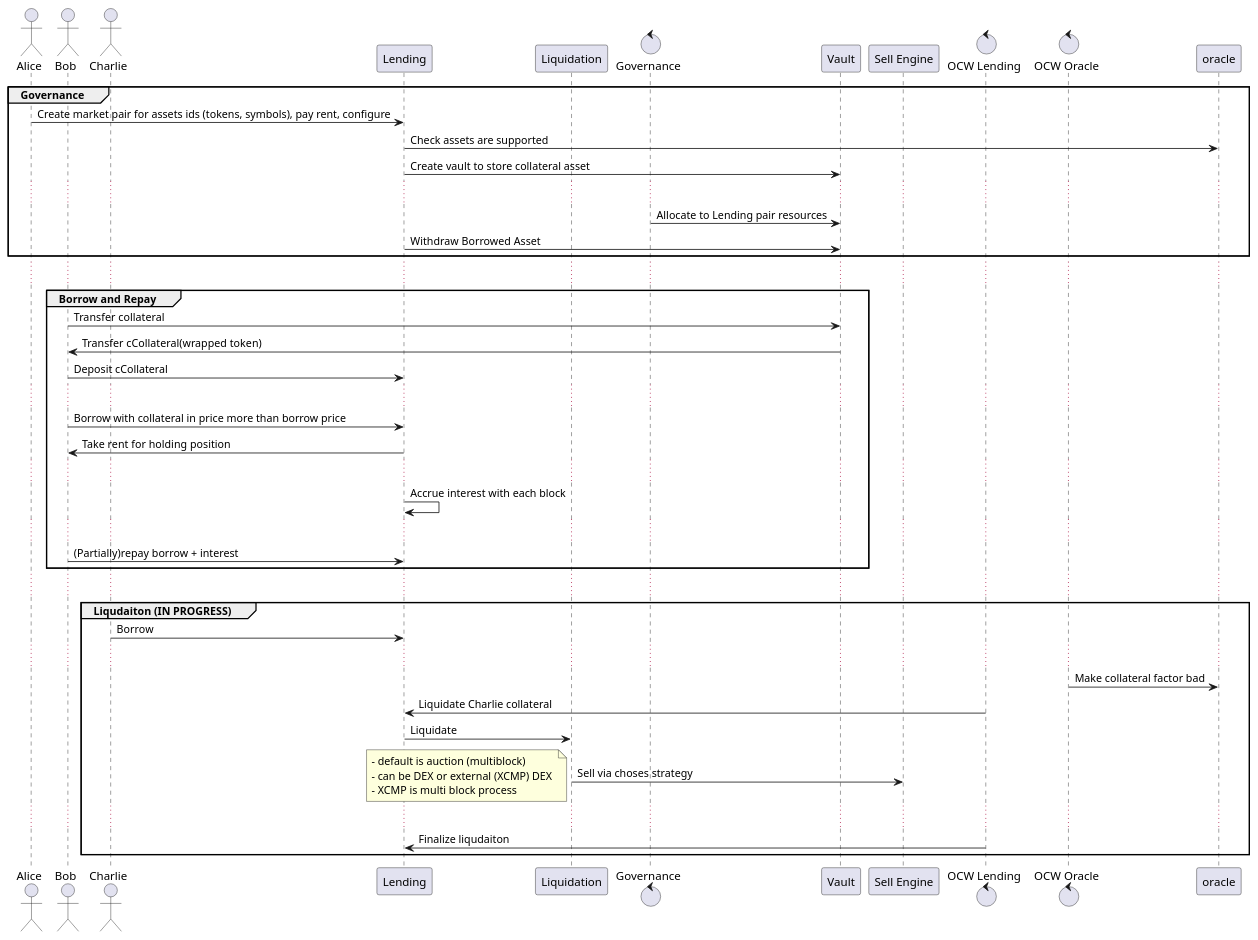
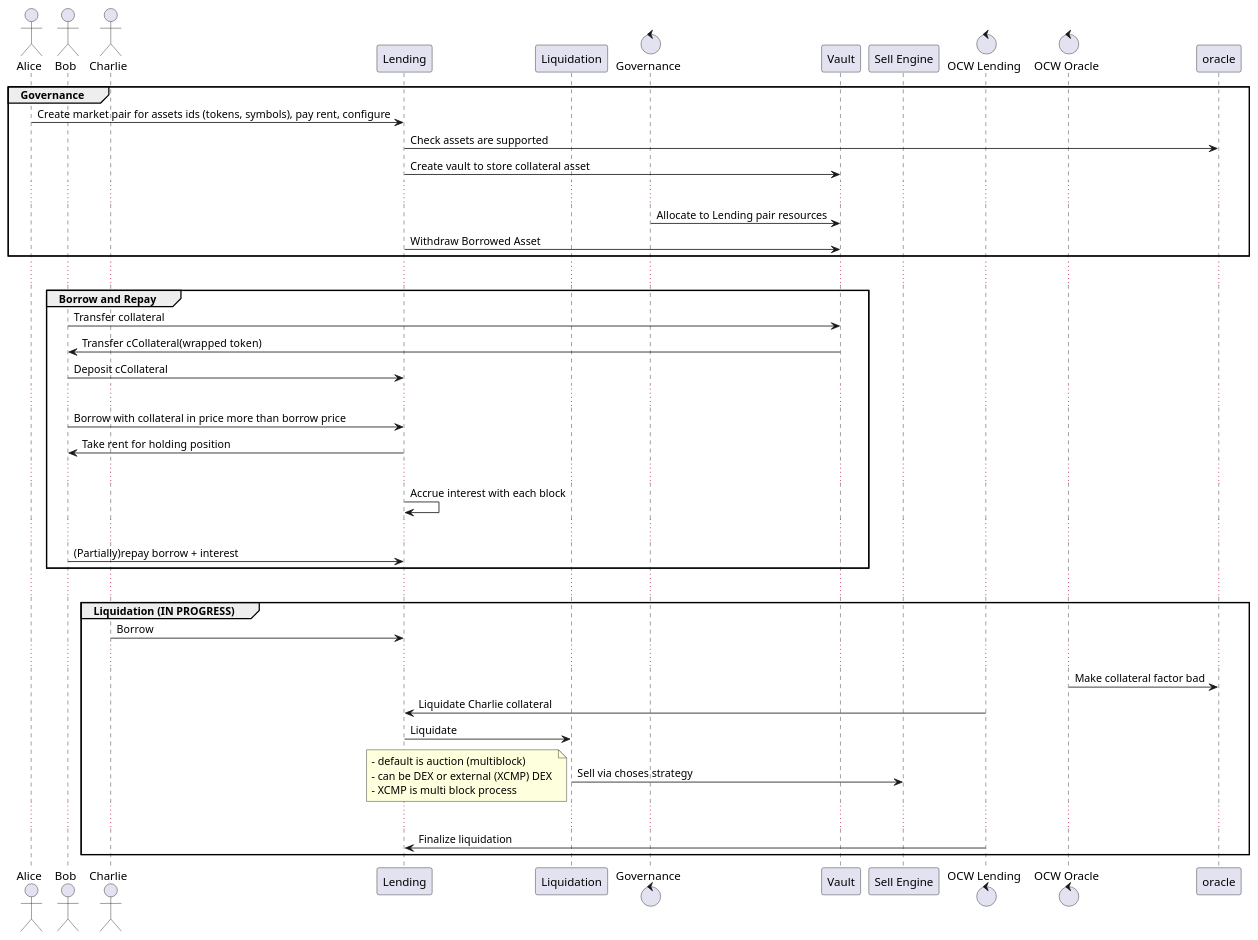
The diagram in frame/lending/lending.plantuml (ComposableFi/composable), drawn with PlantUML before and after one commit. The commit also changed 7 other files, not shown here.

```diff
--- a/frame/lending/lending.plantuml
+++ b/frame/lending/lending.plantuml
@@ -1,56 +1,56 @@
 @startuml
   actor Alice as alice
   actor Bob as bob
   actor Charlie as charlie
   participant Lending as lending
-  participant Liquidation as liqudation
+  participant Liquidation as liquidation
   control Governance as governance
 
   participant Vault as vault
   participant "Sell Engine" as sell
   control "OCW Lending" as lending_bot
   control "OCW Oracle" as oracle_bot
 
   group Governance
     alice -> lending: Create market pair for assets ids (tokens, symbols), pay rent, configure
     lending -> oracle: Check assets are supported
     lending -> vault: Create vault to store collateral asset
     ...
     governance -> vault : Allocate to Lending pair resources
     lending -> vault : Withdraw Borrowed Asset
   end
 
   ...
 
   group Borrow and Repay
     bob -> vault : Transfer collateral
     vault -> bob : Transfer cCollateral(wrapped token)
     bob -> lending : Deposit cCollateral
     ...
     bob -> lending : Borrow with collateral in price more than borrow price
     lending -> bob : Take rent for holding position
     ...
     lending -> lending : Accrue interest with each block
     ...
     bob -> lending : (Partially)repay borrow + interest
   end
 
   ...
 
-  group Liqudaiton (IN PROGRESS)
+  group Liquidation (IN PROGRESS)
     charlie -> lending : Borrow
     ...
     oracle_bot -> oracle : Make collateral factor bad
     lending_bot -> lending : Liquidate Charlie collateral
-    lending -> liqudation: Liquidate
-    liqudation -> sell: Sell via choses strategy
+    lending -> liquidation: Liquidate
+    liquidation -> sell: Sell via choses strategy
     note left
       - default is auction (multiblock)
       - can be DEX or external (XCMP) DEX 
       - XCMP is multi block process
     end note
     ...
-    lending_bot -> lending : Finalize liqudaiton
+    lending_bot -> lending : Finalize liquidation
   end
 
 @enduml
```
